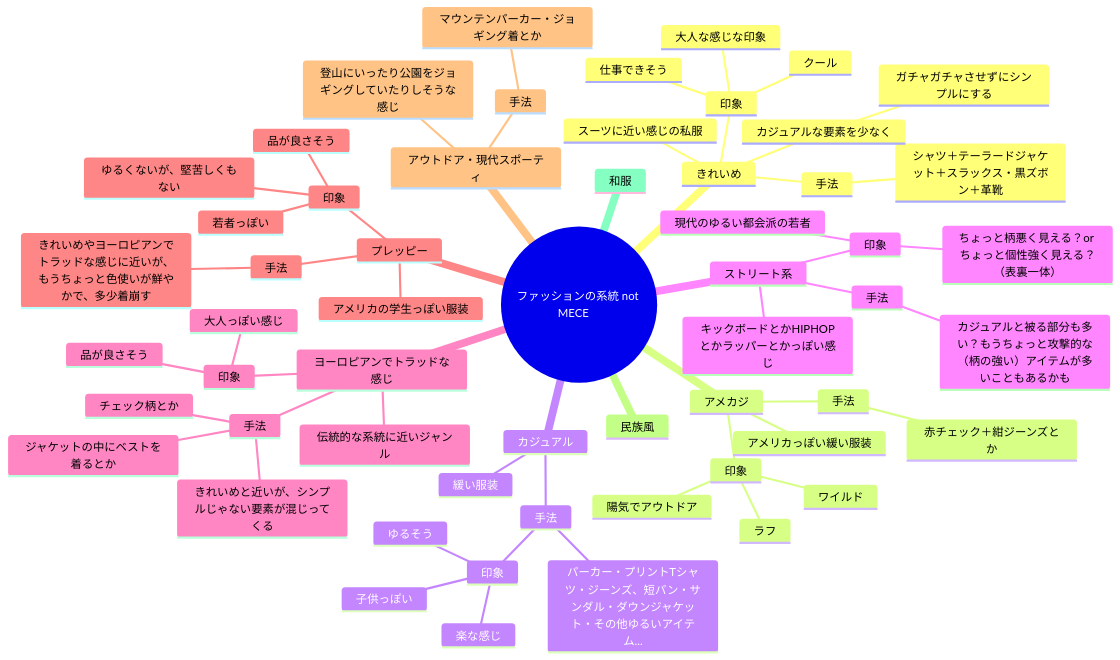
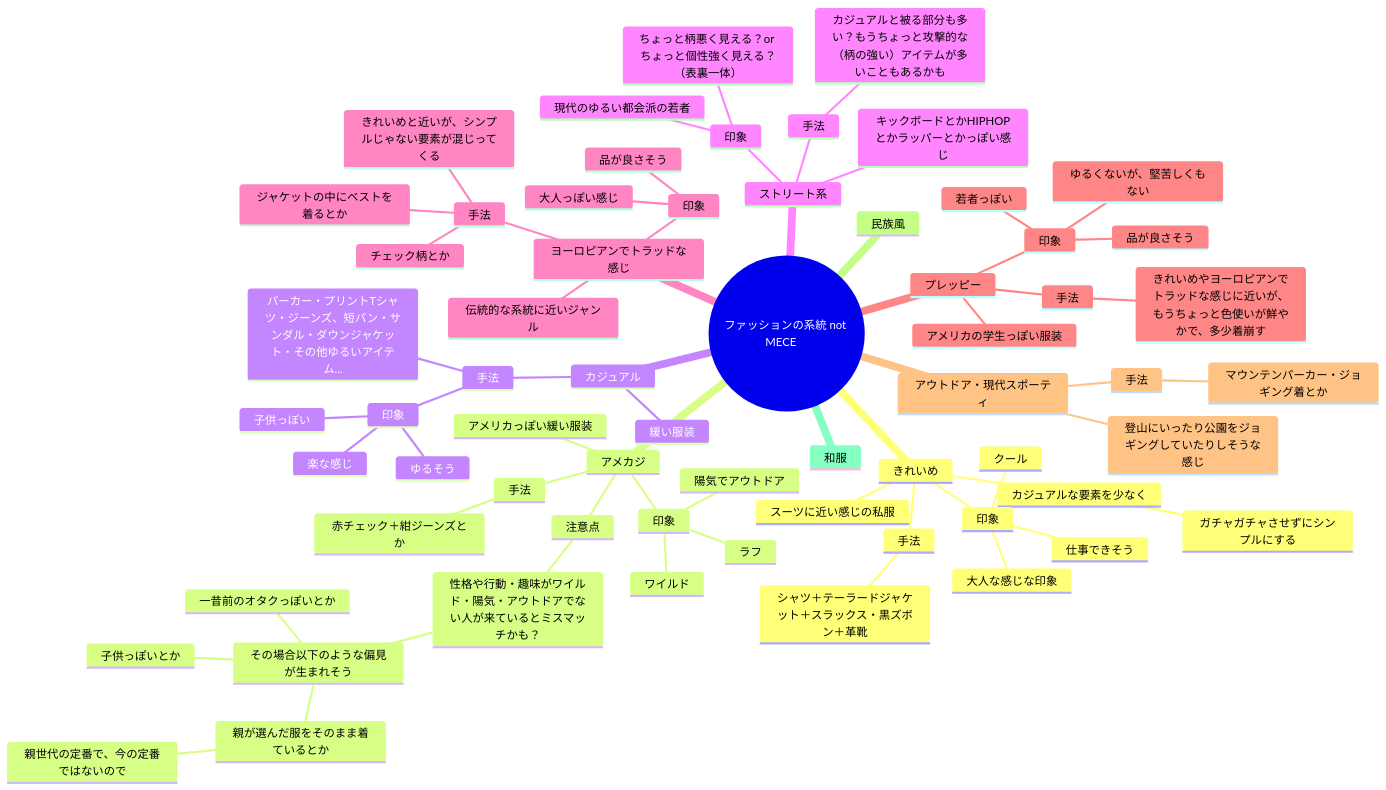
The third of 4 diagrams in README.md (yuchiki/mens_fashion_advice), drawn with Mermaid before and after one commit.

Commit message:
アメカジ注意点加筆

````diff
--- a/README.md
+++ b/README.md
@@ -109,60 +109,67 @@
 ```mermaid
     mindmap((ファッションの系統 not MECE    ))
         きれいめ
             スーツに近い感じの私服
             手法
                 シャツ＋テーラードジャケット＋スラックス・黒ズボン＋革靴
             カジュアルな要素を少なく
                 ガチャガチャさせずにシンプルにする
             印象
                 仕事できそう
                 大人な感じな印象
                 クール
         アメカジ
                 アメリカっぽい緩い服装
                 手法
                     赤チェック＋紺ジーンズとか
                 印象
                     ワイルド
                     ラフ
                     陽気でアウトドア
+                注意点
+                    性格や行動・趣味がワイルド・陽気・アウトドアでない人が来ているとミスマッチかも？
+                        その場合以下のような偏見が生まれそう
+                            親が選んだ服をそのまま着ているとか
+                                親世代の定番で、今の定番ではないので
+                            一昔前のオタクっぽいとか
+                            子供っぽいとか
         カジュアル
             緩い服装
             手法
                 パーカー・プリントTシャツ・ジーンズ、短パン・サンダル・ダウンジャケット・その他ゆるいアイテム...
                 印象
                 　    ゆるそう
                     子供っぽい
                     楽な感じ
         ストリート系
             キックボードとかHIPHOPとかラッパーとかっぽい感じ
             手法
                 カジュアルと被る部分も多い？もうちょっと攻撃的な（柄の強い）アイテムが多いこともあるかも
             印象
                 現代のゆるい都会派の若者
                 ちょっと柄悪く見える？or ちょっと個性強く見える？（表裏一体）
         ヨーロピアンでトラッドな感じ
             伝統的な系統に近いジャンル
             手法
                 きれいめと近いが、シンプルじゃない要素が混じってくる
                 チェック柄とか
                 ジャケットの中にベストを着るとか
             印象
                 大人っぽい感じ
                 品が良さそう
         プレッピー
             アメリカの学生っぽい服装
             手法
                 きれいめやヨーロピアンでトラッドな感じに近いが、もうちょっと色使いが鮮やかで、多少着崩す
             印象
                 品が良さそう
                 若者っぽい
                 ゆるくないが、堅苦しくもない
         アウトドア・現代スポーティ
             登山にいったり公園をジョギングしていたりしそうな感じ
             手法
                 マウンテンパーカー・ジョギング着とか
         民族風
         和服
 
 ```
````
